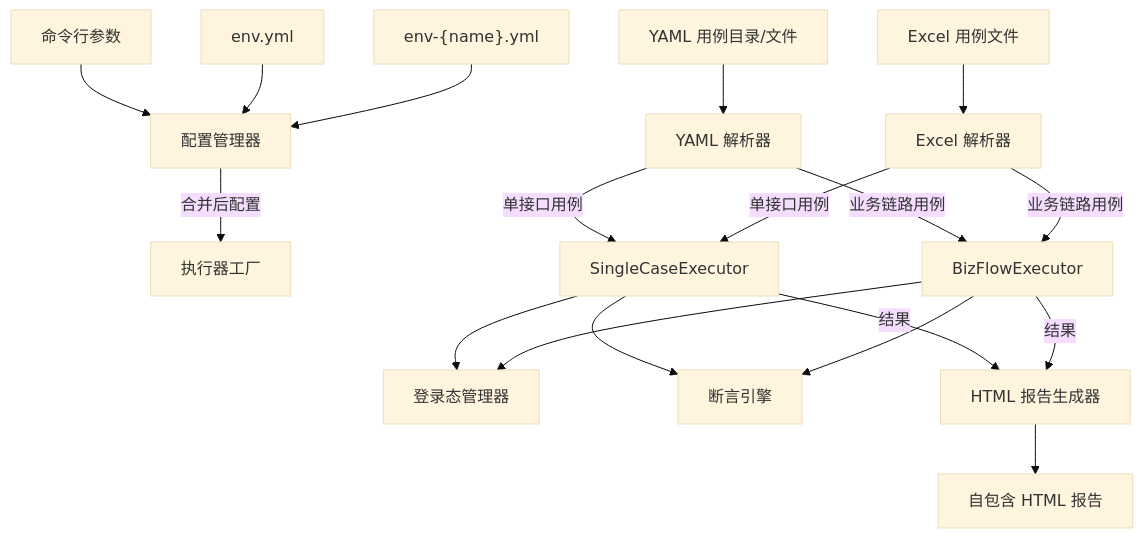
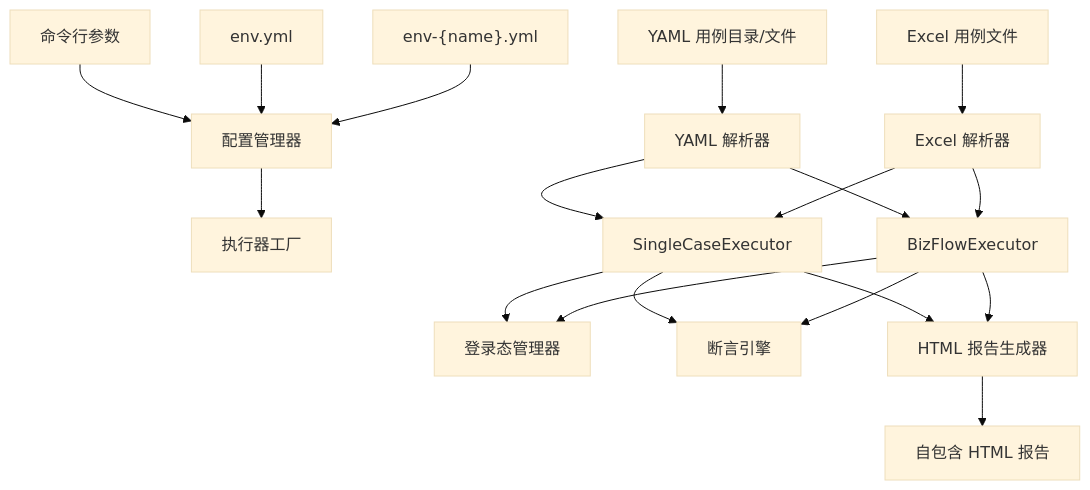
The diagram in python/README.md (Remon-16/flow-forge), drawn with Mermaid (base theme) before and after one commit. The commit also changed other lines of this file and 29 other files, not shown here.

````diff
--- a/python/README.md
+++ b/python/README.md
@@ -9,20 +18,20 @@
 ```mermaid
 graph TD
     CLI[命令行参数] --> CM[配置管理器]
     ENV[env.yml] --> CM
     ENV_APP["env-{name}.yml"] --> CM
-    CM --> |合并后配置| EXEC[执行器工厂]
+    CM --> EXEC[执行器工厂]
     YAML[YAML 用例目录/文件] --> YP[YAML 解析器]
     EXCEL[Excel 用例文件] --> EP[Excel 解析器]
-    YP --> |单接口用例| API_EXEC[SingleCaseExecutor]
-    YP --> |业务链路用例| BIZ_EXEC[BizFlowExecutor]
-    EP --> |单接口用例| API_EXEC
-    EP --> |业务链路用例| BIZ_EXEC
+    YP --> API_EXEC[SingleCaseExecutor]
+    YP --> BIZ_EXEC[BizFlowExecutor]
+    EP --> API_EXEC
+    EP --> BIZ_EXEC
     API_EXEC --> LM[登录态管理器]
     BIZ_EXEC --> LM
     API_EXEC --> AE[断言引擎]
     BIZ_EXEC --> AE
-    API_EXEC --> |结果| REPORT[HTML 报告生成器]
-    BIZ_EXEC --> |结果| REPORT
+    API_EXEC --> REPORT[HTML 报告生成器]
+    BIZ_EXEC --> REPORT
     REPORT --> HTML[自包含 HTML 报告]
 ```
````
